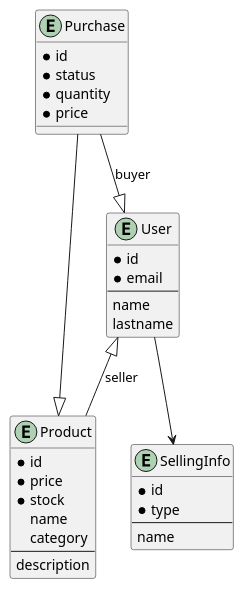
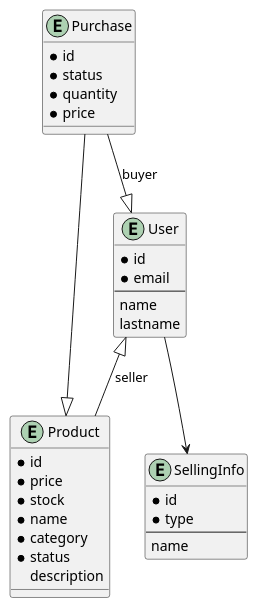
One commit to unq-arq-soft/ArqI changed the diagram in docs/diagrams/erd.puml. Above: the diagram before and after it, drawn with PlantUML. The commit also changed 5 other files, not shown here.

```diff
--- a/docs/diagrams/erd.puml
+++ b/docs/diagrams/erd.puml
@@ -1,45 +1,44 @@
 @startuml
 'https://plantuml.com/class-diagram
 
 entity Product {
     *id
     *price
     *stock
-    name
-    category
-    --
+    *name
+    *category
+    *status
     description
 }
-
 
 entity User {
     *id
     *email
     --
     name
     lastname
 }
 
 entity SellingInfo {
     *id
     *type
     --
     name
 }
 
 entity Purchase {
     *id
     *status
     *quantity
     *price
 }
 
 User --> SellingInfo
 
 User <|-- Product : seller
 
 Purchase --|> Product
 
 Purchase --|> User : buyer
 
 @enduml
```
